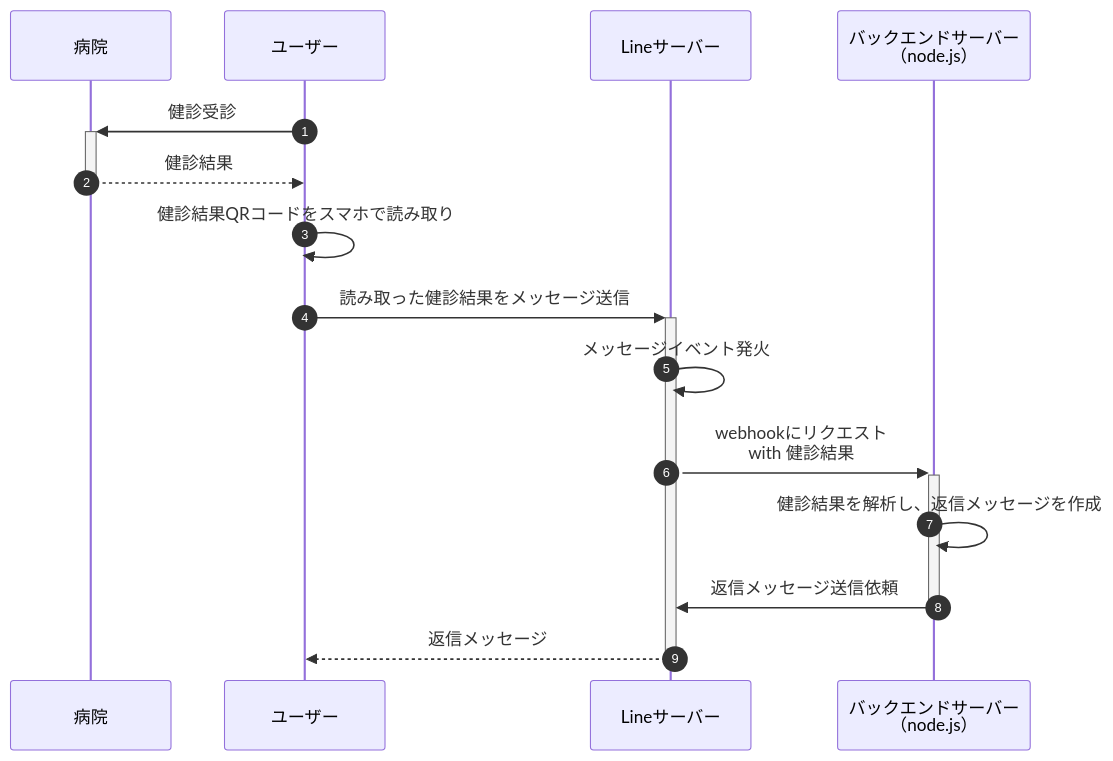
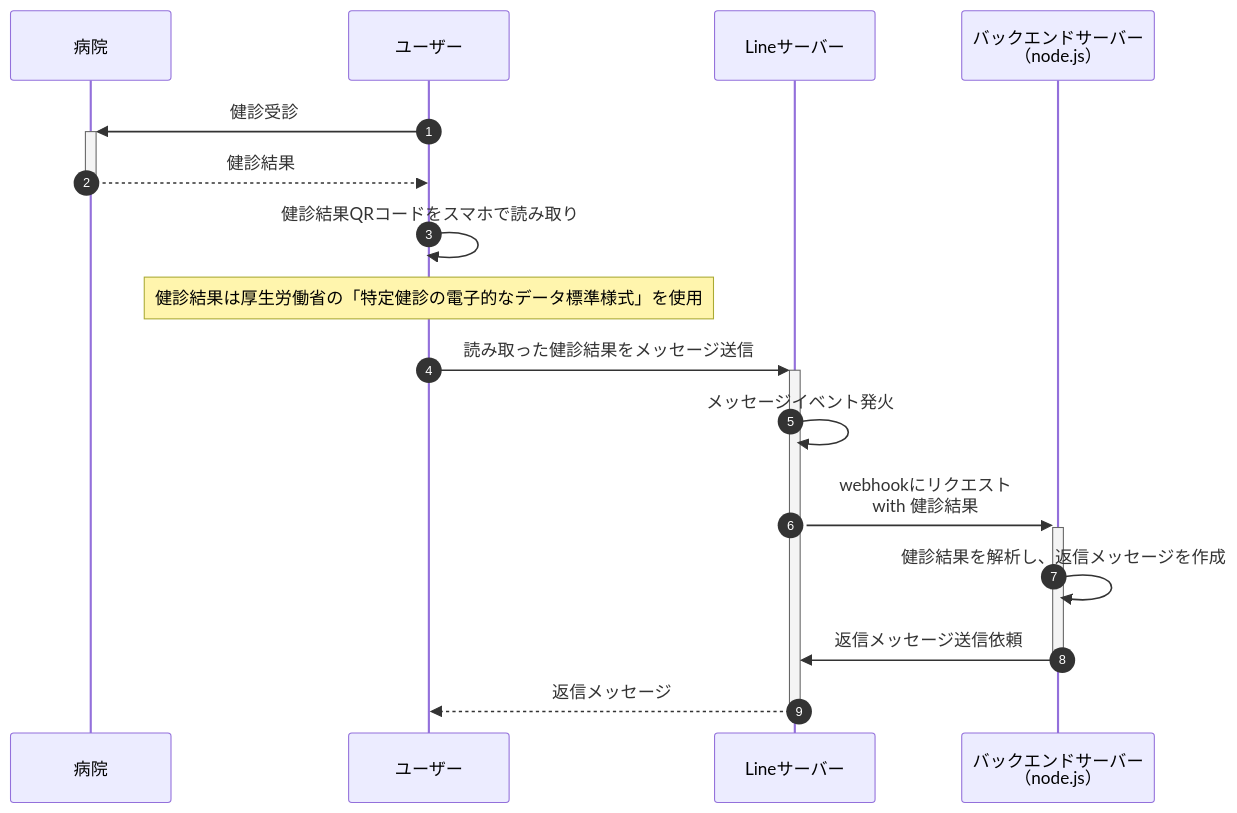
The diagram in documents/sequence.md (kt-52/takasugi-kenshin), drawn with Mermaid before and after one commit.

Commit message:
update sequence

````diff
--- a/documents/sequence.md
+++ b/documents/sequence.md
@@ -3,18 +3,19 @@
 ```mermaid
 sequenceDiagram
   autoNumber
   participant clinic as 病院
   participant user as ユーザー
   participant line as Lineサーバー
   participant server as バックエンドサーバー<br>（node.js）
 
   user ->>+ clinic: 健診受診
   clinic -->>- user: 健診結果
   user ->> user: 健診結果QRコードをスマホで読み取り
+  Note over user: 健診結果は厚生労働省の「特定健診の電子的なデータ標準様式」を使用
   user ->>+ line: 読み取った健診結果をメッセージ送信
     line ->> line: メッセージイベント発火
     line ->>+ server: webhookにリクエスト<br>with 健診結果
       server ->> server: 健診結果を解析し、返信メッセージを作成
     server ->>- line: 返信メッセージ送信依頼
   line -->>- user: 返信メッセージ
 ```
````
